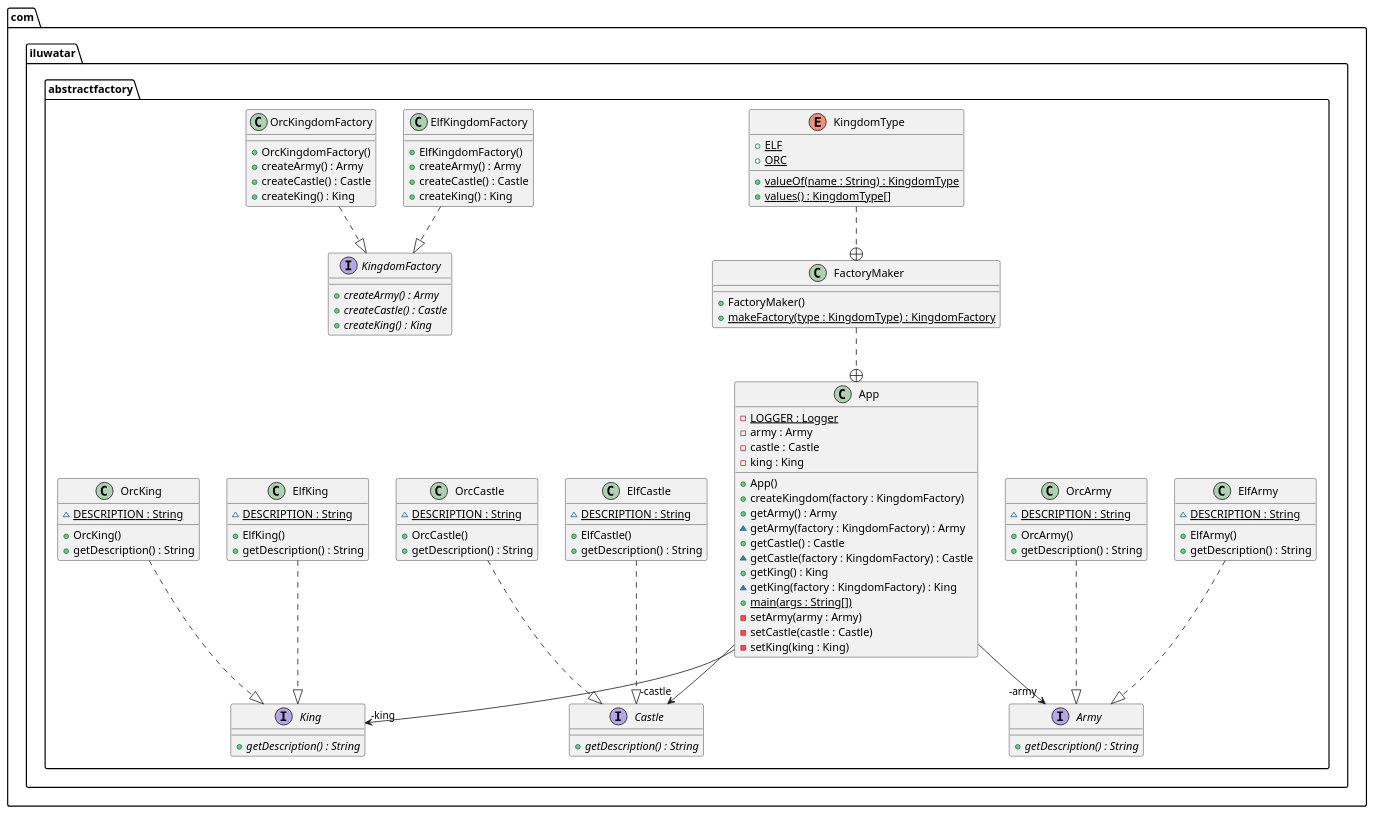
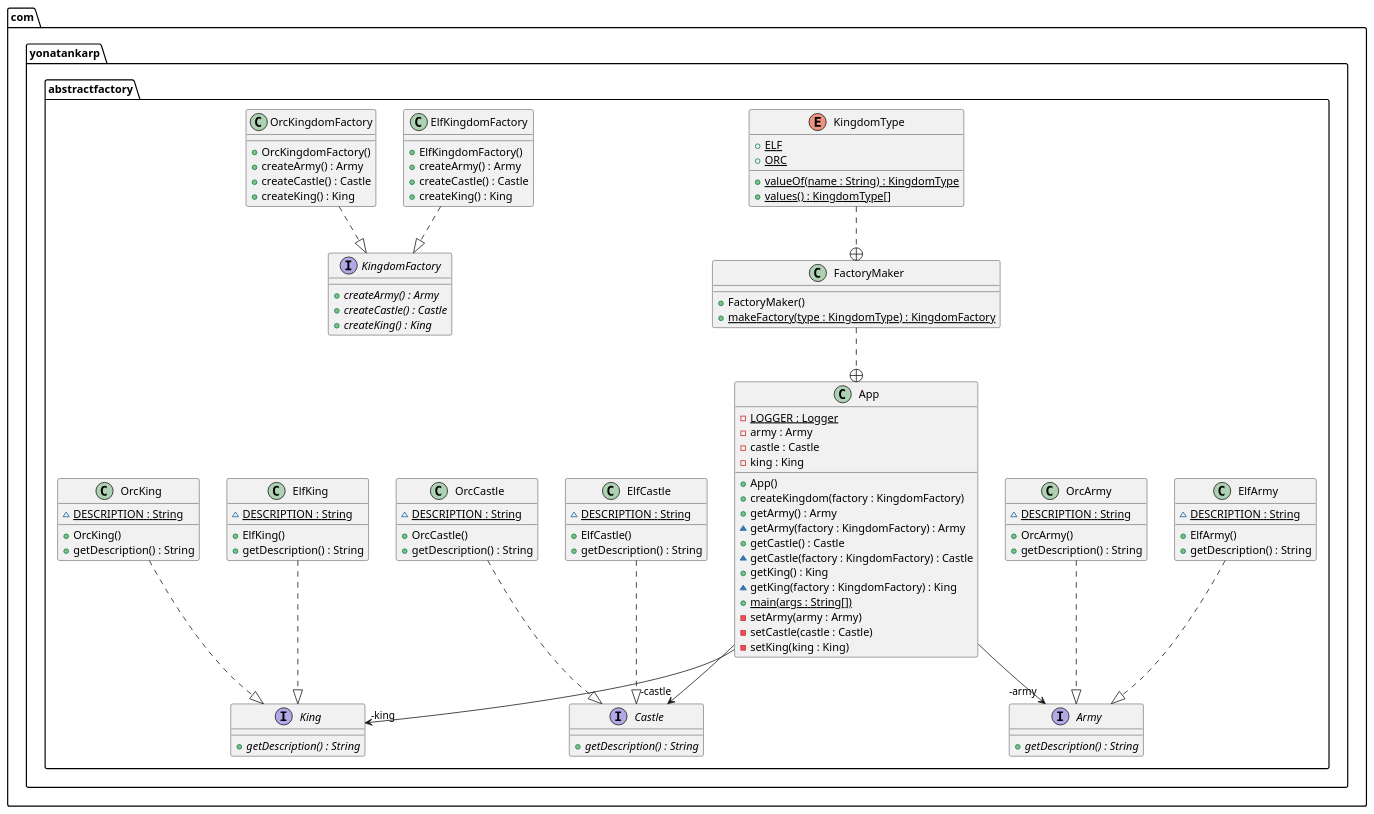
Before and after one commit to yonatankarp/kotlin-design-patterns: the diagram in abstract-factory/etc/abstract-factory.puml, drawn with PlantUML. The commit also changed 3 other files, not shown here.

First line of the commit message:
Fix package names in UML

```diff
--- a/abstract-factory/etc/abstract-factory.puml
+++ b/abstract-factory/etc/abstract-factory.puml
@@ -1,101 +1,101 @@
 @startuml
-package com.iluwatar.abstractfactory {
+package com.yonatankarp.abstractfactory {
   class App {
     - LOGGER : Logger {static}
     - army : Army
     - castle : Castle
     - king : King
     + App()
     + createKingdom(factory : KingdomFactory)
     + getArmy() : Army
     ~ getArmy(factory : KingdomFactory) : Army
     + getCastle() : Castle
     ~ getCastle(factory : KingdomFactory) : Castle
     + getKing() : King
     ~ getKing(factory : KingdomFactory) : King
     + main(args : String[]) {static}
     - setArmy(army : Army)
     - setCastle(castle : Castle)
     - setKing(king : King)
   }
   class FactoryMaker {
     + FactoryMaker()
     + makeFactory(type : KingdomType) : KingdomFactory {static}
   }
   enum KingdomType {
     + ELF {static}
     + ORC {static}
     + valueOf(name : String) : KingdomType {static}
     + values() : KingdomType[] {static}
   }
   interface Army {
     + getDescription() : String {abstract}
   }
   interface Castle {
     + getDescription() : String {abstract}
   }
   class ElfArmy {
     ~ DESCRIPTION : String {static}
     + ElfArmy()
     + getDescription() : String
   }
   class ElfCastle {
     ~ DESCRIPTION : String {static}
     + ElfCastle()
     + getDescription() : String
   }
   class ElfKing {
     ~ DESCRIPTION : String {static}
     + ElfKing()
     + getDescription() : String
   }
   class ElfKingdomFactory {
     + ElfKingdomFactory()
     + createArmy() : Army
     + createCastle() : Castle
     + createKing() : King
   }
   interface King {
     + getDescription() : String {abstract}
   }
   interface KingdomFactory {
     + createArmy() : Army {abstract}
     + createCastle() : Castle {abstract}
     + createKing() : King {abstract}
   }
   class OrcArmy {
     ~ DESCRIPTION : String {static}
     + OrcArmy()
     + getDescription() : String
   }
   class OrcCastle {
     ~ DESCRIPTION : String {static}
     + OrcCastle()
     + getDescription() : String
   }
   class OrcKing {
     ~ DESCRIPTION : String {static}
     + OrcKing()
     + getDescription() : String
   }
   class OrcKingdomFactory {
     + OrcKingdomFactory()
     + createArmy() : Army
     + createCastle() : Castle
     + createKing() : King
   }
 }
 KingdomType ..+ FactoryMaker
 App -->  "-castle" Castle
 FactoryMaker ..+ App
 App -->  "-king" King
 App -->  "-army" Army
 ElfArmy ..|> Army
 ElfCastle ..|> Castle
 ElfKing ..|> King
 ElfKingdomFactory ..|> KingdomFactory
 OrcArmy ..|> Army
 OrcCastle ..|> Castle
 OrcKing ..|> King
 OrcKingdomFactory ..|> KingdomFactory
 @enduml
```
